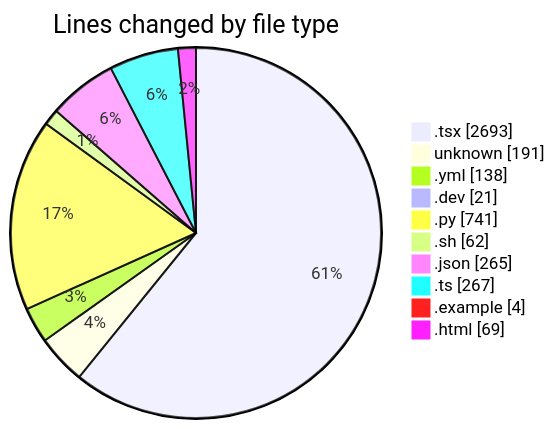
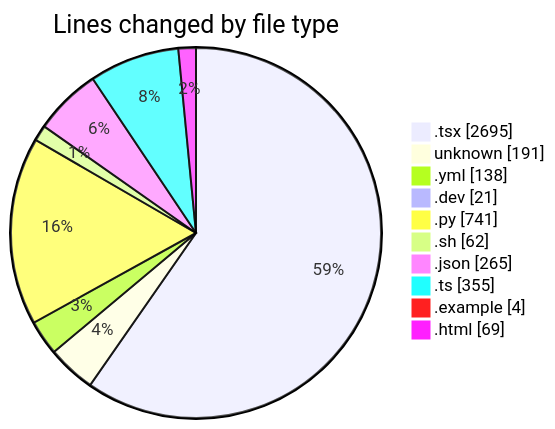
The first of 2 diagrams in 2025-05-18/niten/README.md (Elitesun/code-tracking), drawn with Mermaid before and after one commit. The commit also changed other lines of this file and 1 other file, not shown here.

````diff
--- a/2025-05-18/niten/README.md
+++ b/2025-05-18/niten/README.md
@@ -52,14 +53,14 @@
 ```mermaid
 pie showData
 title Lines changed by file type
-".tsx" : 2693
+".tsx" : 2695
 "unknown" : 191
 ".yml" : 138
 ".dev" : 21
 ".py" : 741
 ".sh" : 62
 ".json" : 265
-".ts" : 267
+".ts" : 355
 ".example" : 4
 ".html" : 69
 ```
````
